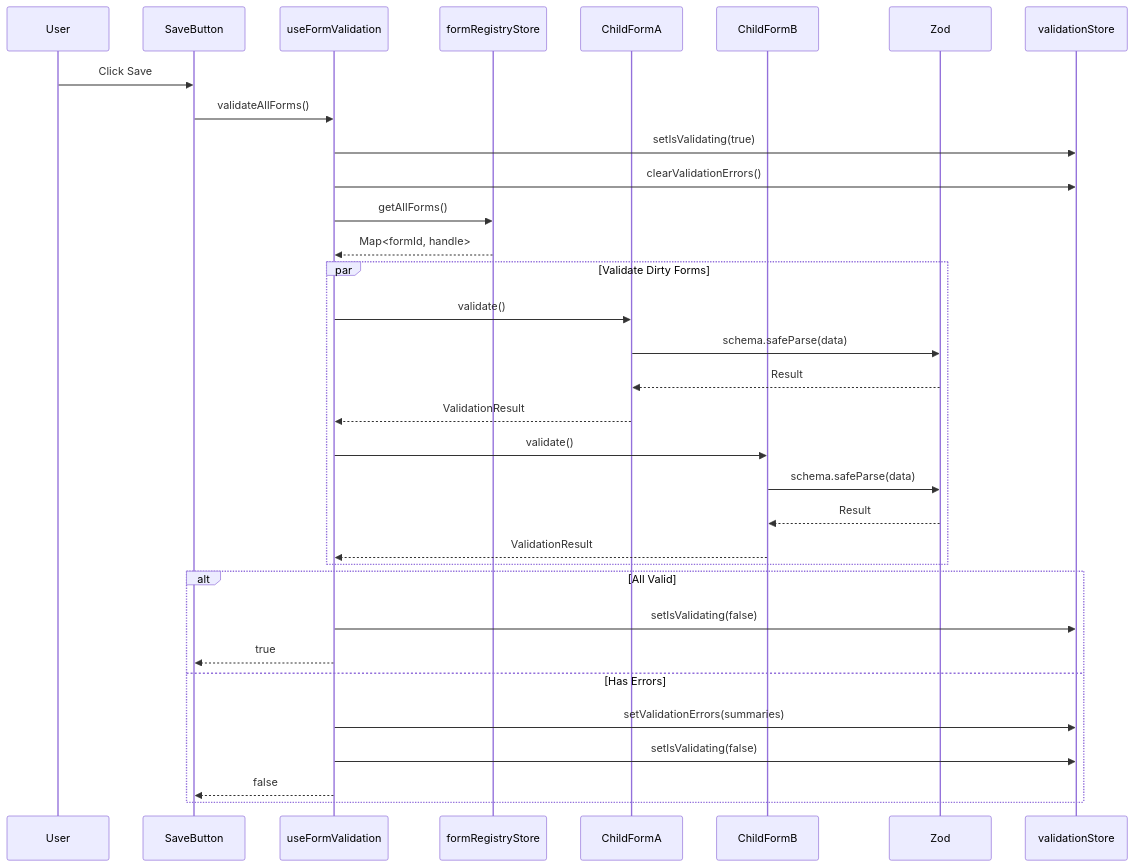
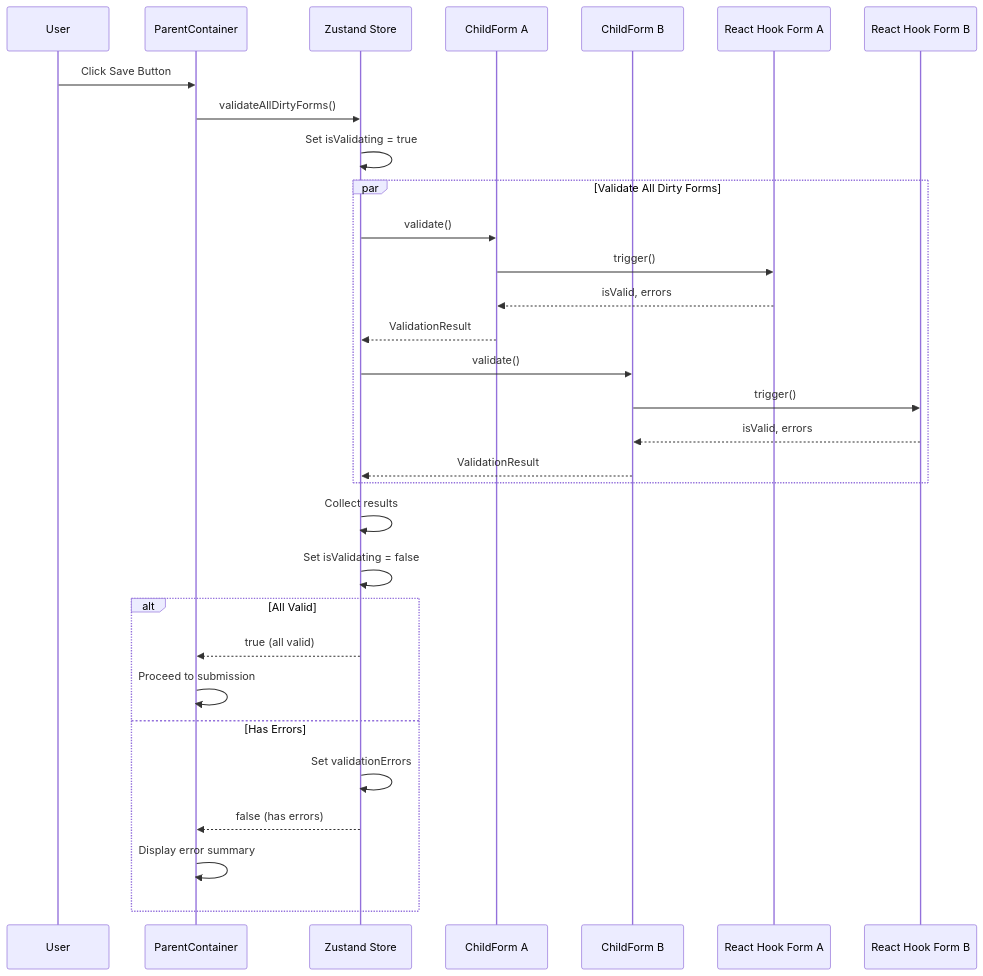
One commit to cebartling/react-experiments changed the diagram in multi-form-save-experiment/documentation/implementation-plans/IMPL-002-validation-flow.md. Above: the diagram before and after it, drawn with Mermaid. The commit also changed other lines of this file and 8 other files, not shown here.

First line of the commit message:
docs: add implementation plans for FEATURE-001 multi-form save (#149)

````diff
--- a/multi-form-save-experiment/documentation/implementation-plans/IMPL-002-validation-flow.md
+++ b/multi-form-save-experiment/documentation/implementation-plans/IMPL-002-validation-flow.md
@@ -431,39 +399,38 @@
 ```mermaid
 sequenceDiagram
     participant User
-    participant SaveButton
-    participant Hook as useFormValidation
-    participant Registry as formRegistryStore
-    participant FormA as ChildFormA
-    participant FormB as ChildFormB
-    participant Zod
-    participant Store as validationStore
+    participant Parent as ParentContainer
+    participant Store as Zustand Store
+    participant FormA as ChildForm A
+    participant FormB as ChildForm B
+    participant RHF_A as React Hook Form A
+    participant RHF_B as React Hook Form B
 
-    User->>SaveButton: Click Save
-    SaveButton->>Hook: validateAllForms()
-    Hook->>Store: setIsValidating(true)
-    Hook->>Store: clearValidationErrors()
-    Hook->>Registry: getAllForms()
-    Registry-->>Hook: Map<formId, handle>
+    User->>Parent: Click Save Button
+    Parent->>Store: validateAllDirtyForms()
+    Store->>Store: Set isValidating = true
 
-    par Validate Dirty Forms
-        Hook->>FormA: validate()
-        FormA->>Zod: schema.safeParse(data)
-        Zod-->>FormA: Result
-        FormA-->>Hook: ValidationResult
+    par Validate All Dirty Forms
+        Store->>FormA: validate()
+        FormA->>RHF_A: trigger()
+        RHF_A-->>FormA: isValid, errors
+        FormA-->>Store: ValidationResult
 
-        Hook->>FormB: validate()
-        FormB->>Zod: schema.safeParse(data)
-        Zod-->>FormB: Result
-        FormB-->>Hook: ValidationResult
+        Store->>FormB: validate()
+        FormB->>RHF_B: trigger()
+        RHF_B-->>FormB: isValid, errors
+        FormB-->>Store: ValidationResult
     end
 
+    Store->>Store: Collect results
+    Store->>Store: Set isValidating = false
+
     alt All Valid
-        Hook->>Store: setIsValidating(false)
-        Hook-->>SaveButton: true
+        Store-->>Parent: true (all valid)
+        Parent->>Parent: Proceed to submission
     else Has Errors
-        Hook->>Store: setValidationErrors(summaries)
-        Hook->>Store: setIsValidating(false)
-        Hook-->>SaveButton: false
+        Store->>Store: Set validationErrors
+        Store-->>Parent: false (has errors)
+        Parent->>Parent: Display error summary
     end
 ```
````
